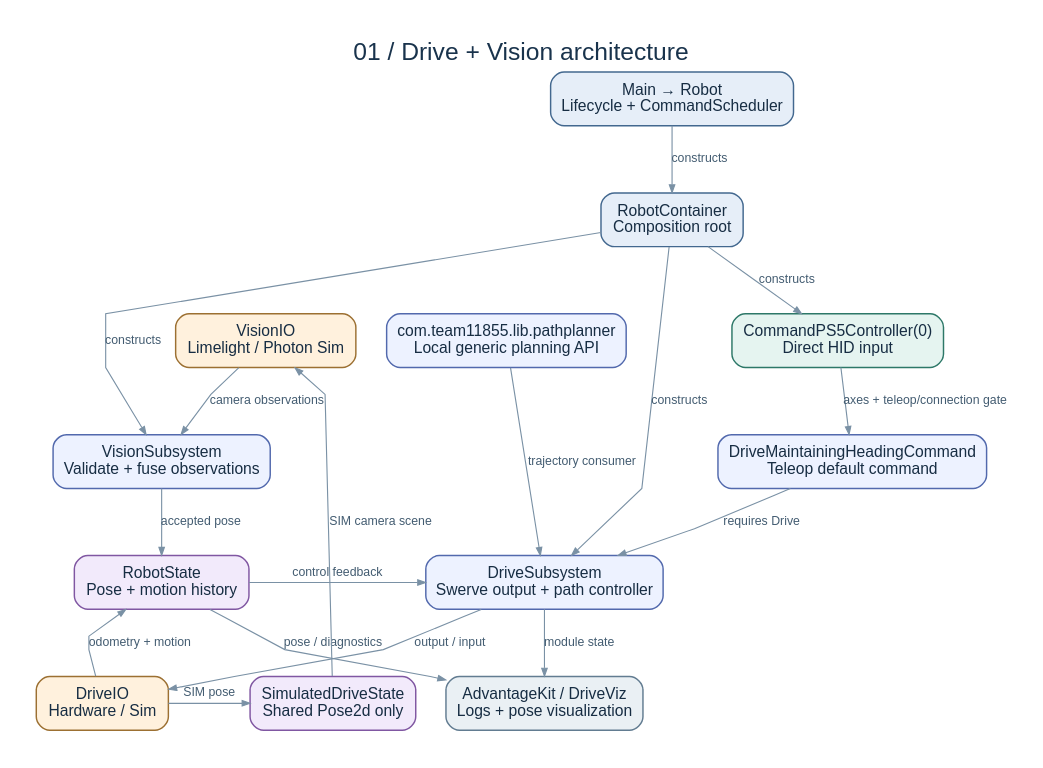
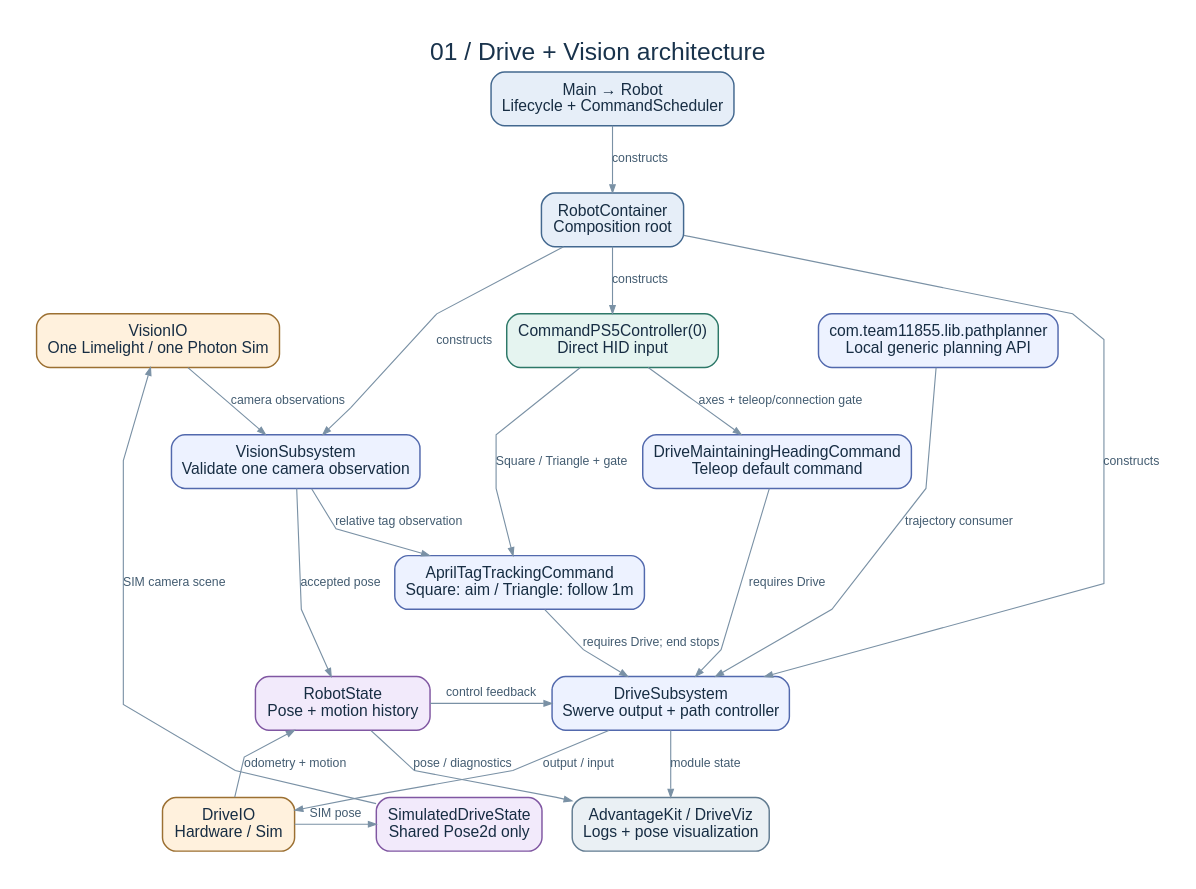
One commit to PepsiLee/FRC-2026-Systemcore-Public-main changed the diagram in docs/drive-vision/diagrams/01-architecture.dot. Above: the diagram before and after it, drawn with Graphviz. The commit also changed 33 other files, not shown here.

First line of the commit message:
Add single-camera AprilTag aiming and distance hold

```diff
--- a/docs/drive-vision/diagrams/01-architecture.dot
+++ b/docs/drive-vision/diagrams/01-architecture.dot
@@ -1,37 +1,41 @@
 digraph G {
 graph [rankdir=TB, bgcolor="white", pad=0.35, nodesep=0.38, ranksep=0.65, splines=polyline, fontname="Arial", fontsize=22, fontcolor="#19334c", label="01 / Drive + Vision architecture", labelloc=t];
 node [shape=box, style="rounded,filled", fontname="Arial", fontsize=14, margin="0.16,0.12", penwidth=1.3, fontcolor="#172d43"];
 edge [fontname="Arial", fontsize=11, color="#7a91a5", fontcolor="#435c71", arrowsize=0.7];
 main [label="Main → Robot\nLifecycle + CommandScheduler", fillcolor="#e6eef8", color="#43688f"];
 container [label="RobotContainer\nComposition root", fillcolor="#e6eef8", color="#43688f"];
 ps5 [label="CommandPS5Controller(0)\nDirect HID input", fillcolor="#e5f4f0", color="#2d7868"];
 heading [label="DriveMaintainingHeadingCommand\nTeleop default command", fillcolor="#edf2ff", color="#5269ad"];
+tag [label="AprilTagTrackingCommand\nSquare: aim / Triangle: follow 1m", fillcolor="#edf2ff", color="#5269ad"];
 drive [label="DriveSubsystem\nSwerve output + path controller", fillcolor="#edf2ff", color="#5269ad"];
-vision [label="VisionSubsystem\nValidate + fuse observations", fillcolor="#edf2ff", color="#5269ad"];
+vision [label="VisionSubsystem\nValidate one camera observation", fillcolor="#edf2ff", color="#5269ad"];
 state [label="RobotState\nPose + motion history", fillcolor="#f2eafb", color="#8057a2"];
 driveio [label="DriveIO\nHardware / Sim", fillcolor="#fff1dd", color="#9c7032"];
-visionio [label="VisionIO\nLimelight / Photon Sim", fillcolor="#fff1dd", color="#9c7032"];
+visionio [label="VisionIO\nOne Limelight / one Photon Sim", fillcolor="#fff1dd", color="#9c7032"];
 simstate [label="SimulatedDriveState\nShared Pose2d only", fillcolor="#f2eafb", color="#8057a2"];
 paths [label="com.team11855.lib.pathplanner\nLocal generic planning API", fillcolor="#edf2ff", color="#5269ad"];
 logs [label="AdvantageKit / DriveViz\nLogs + pose visualization", fillcolor="#eaf0f4", color="#627c91"];
 main -> container [label="constructs"];
 container -> ps5 [label="constructs"];
 container -> drive [label="constructs"];
 container -> vision [label="constructs"];
 ps5 -> heading [label="axes + teleop/connection gate"];
 heading -> drive [label="requires Drive"];
+ps5 -> tag [label="Square / Triangle + gate"];
+vision -> tag [label="relative tag observation"];
+tag -> drive [label="requires Drive; end stops"];
 paths -> drive [label="trajectory consumer"];
 drive -> driveio [label="output / input"];
 visionio -> vision [label="camera observations"];
 vision -> state [label="accepted pose"];
 driveio -> state [label="odometry + motion"];
 state -> drive [label="control feedback"];
 driveio -> simstate [label="SIM pose"];
 simstate -> visionio [label="SIM camera scene"];
 state -> logs [label="pose / diagnostics"];
 drive -> logs [label="module state"];
 { rank=same; ps5; paths; visionio; }
 { rank=same; heading; vision; }
 { rank=same; drive; state; }
 { rank=same; driveio; simstate; logs; }
 }
```
